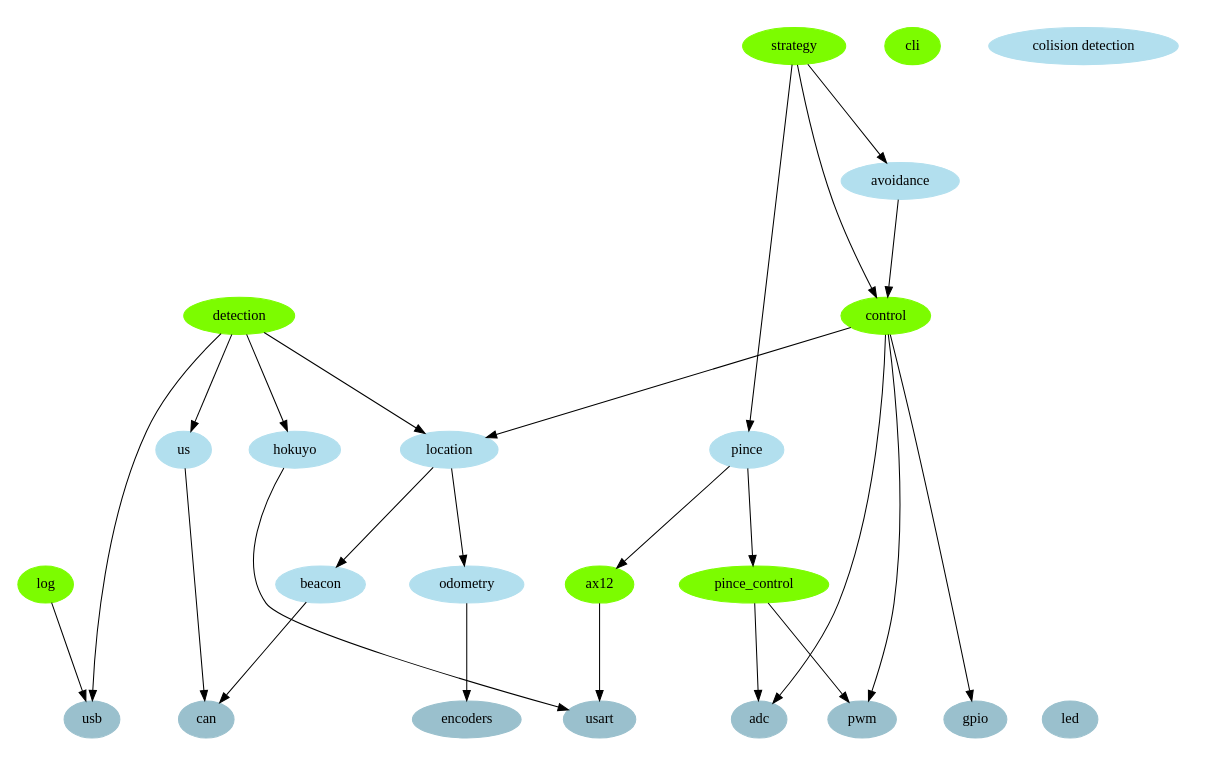
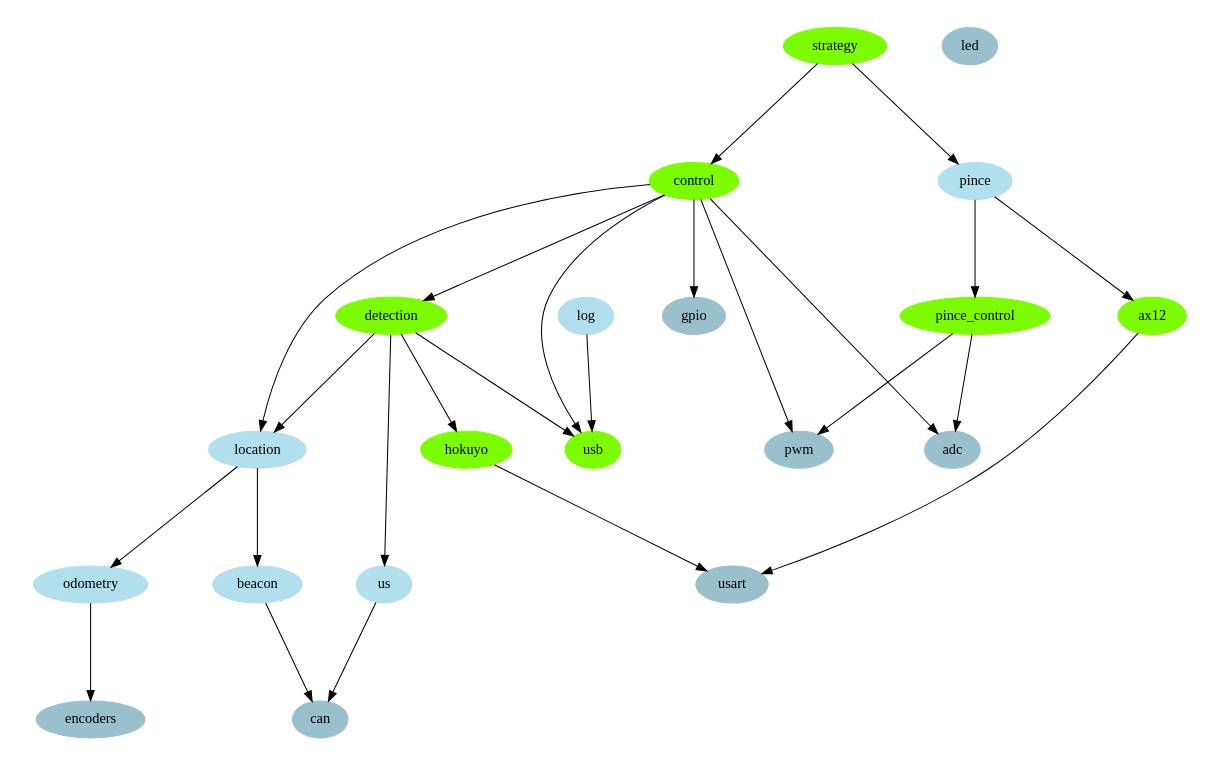
One commit to jbtredez/Atlantronic changed the diagram in doc/graph/architecture.dot. Above: the diagram before and after it, drawn with Graphviz. The commit also changed 3 other files, not shown here.

Commit message:
us non geres par control. => a mettre dans detection

```diff
--- a/doc/graph/architecture.dot
+++ b/doc/graph/architecture.dot
@@ -1,68 +1,65 @@
 digraph robot
 {
 	ratio=fill;
 	size="16,10";
 	center=true;
 
 	// modules - taches
 	node [color=lawngreen, style=filled ]
 	strategy
 	control
-	cli
-	log
 	ax12
 	detection
 	pince_control
+	usb
+	hokuyo
 
 	// modules - fonctions
 	node [color=lightblue2, style=filled ]
-	avoidance
-	"colision detection"
 	location
 	odometry
 	beacon
 	pince
 	us
-	hokuyo
+	log
 
 	// io
 	node [color=lightblue3, style=filled ]
 	{
-		rank=same;
+//		rank=same;
 		adc
 		gpio
 		pwm
 		encoders
-		usb
 		can
 		usart
 		led
 	}
 
 	// liens
-	strategy -> avoidance
 	strategy -> control
 	strategy -> pince
-	avoidance -> control
 	control -> adc
 	control -> gpio
 	control -> location
+	control -> detection
+	control -> usb
 	location -> odometry
 	location -> beacon
 	pince -> ax12
 	pince -> pince_control
 	pince_control -> pwm
 	pince_control -> adc
 	detection -> hokuyo
 	detection -> us
 	detection -> location
 	detection -> usb
 	log -> usb
 
 	hokuyo -> usart
-	ax12 -> "usart"
-	us -> "can"
-	beacon -> "can"
-	odometry -> "encoders"
-	control -> "pwm"
+	ax12 -> usart
+	us -> can
+	beacon -> can
+	odometry -> encoders
+	control -> pwm
 }
```
